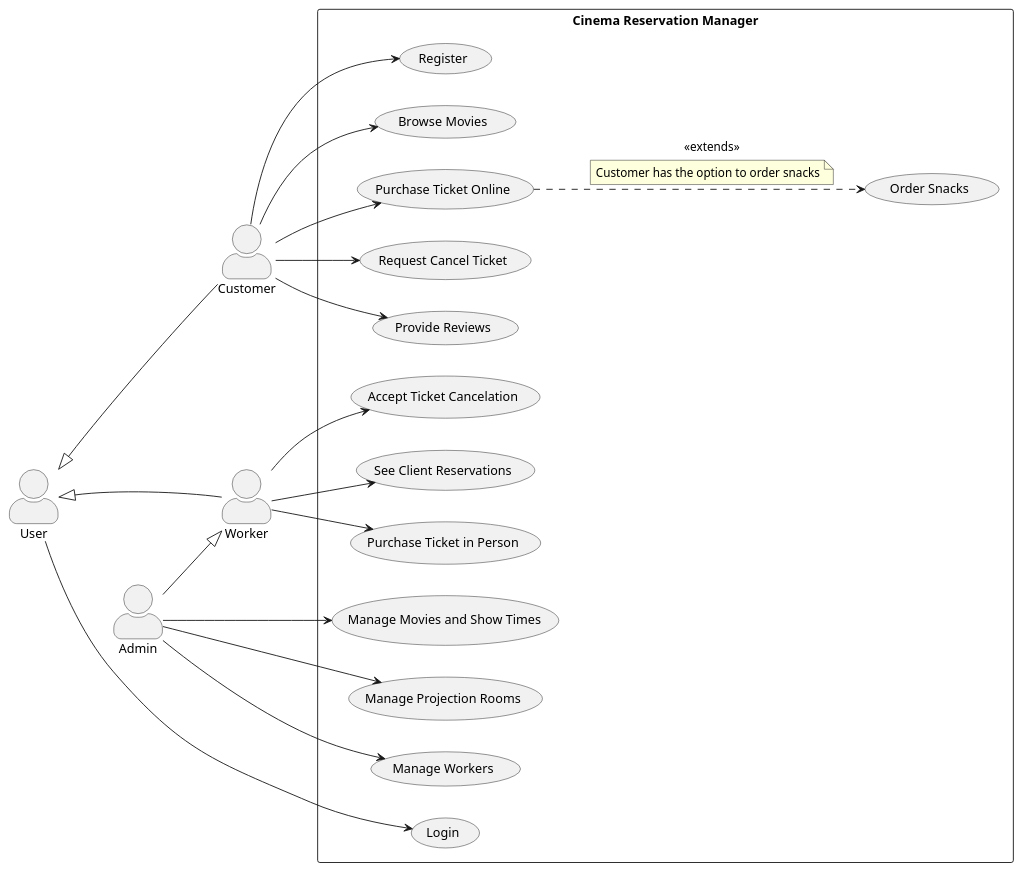
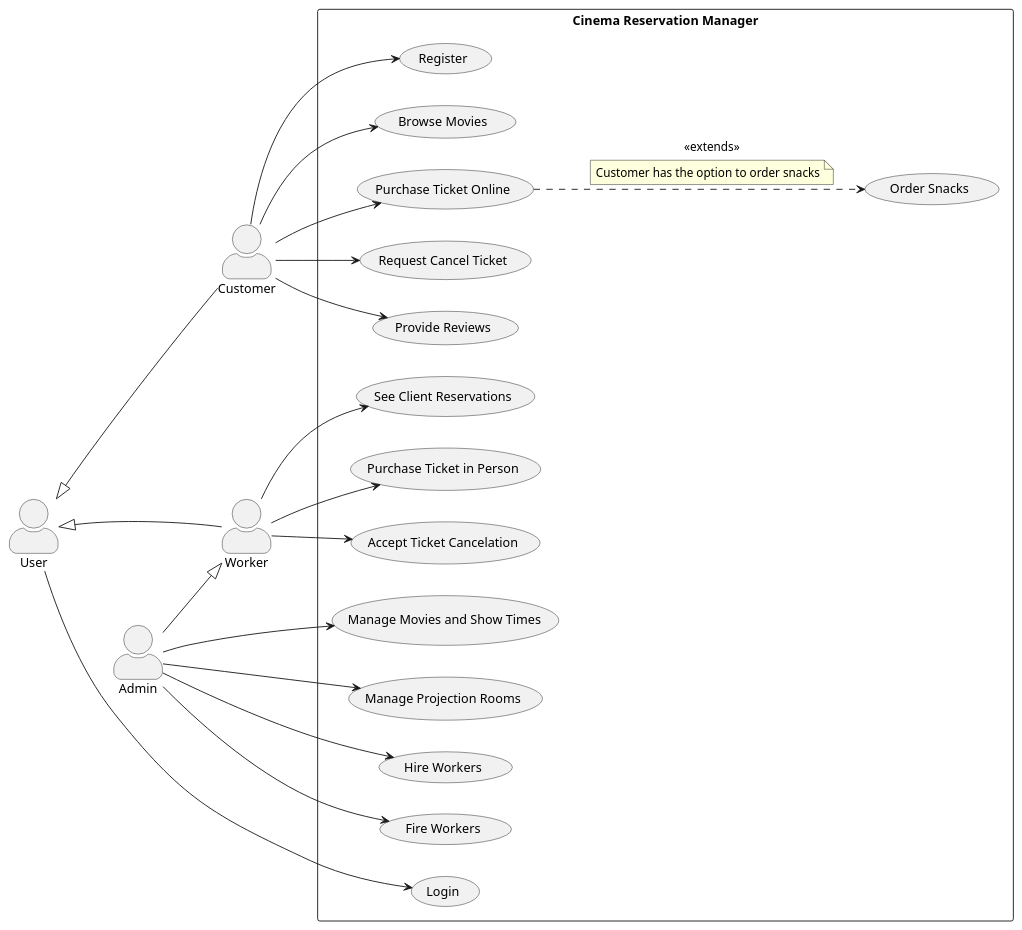
The diagram in docs/UseCaseDiagram.puml (BenatErzibengoa/Cinema-app), drawn with PlantUML before and after one commit.

Commit message:
Fix use case diagram again (put "Hire Workers" and "Fire Workers" instead of

```diff
--- a/docs/UseCaseDiagram.puml
+++ b/docs/UseCaseDiagram.puml
@@ -1,64 +1,65 @@
 @startuml
 skinparam actorStyle awesome
 left to right direction
 
 ' Define all actors
 actor User as U
 actor Customer
 actor Worker
 actor Admin
 
 ' Move "User" behind other actors
 U -[hidden]-> Customer
 U -[hidden]-> Worker
 U -[hidden]-> Admin
 
 ' Define generalizations
 Customer --|> U
 Worker --|> U
 Admin --|> Worker
 
 rectangle "Cinema Reservation Manager" {
     (Register) as UC1
     (Login) as UC2
     (Browse Movies) as UC3
     (Purchase Ticket Online) as UC4
     (Order Snacks) as UC5
     (Request Cancel Ticket) as UC6
-    (Accept Ticket Cancelation) as UC15
     (Provide Reviews) as UC7
     (See Client Reservations) as UC8
-    (Manage Movies and Show Times) as UC10
-    (Manage Projection Rooms) as UC11
-   ' (Generate Revenue Report) as UC12
-    (Manage Workers) as UC13
-    (Purchase Ticket in Person) as UC14
+    (Manage Movies and Show Times) as UC9
+    (Manage Projection Rooms) as UC10
+   ' (Generate Revenue Report) as UC
+    (Hire Workers) as UC11
+    (Fire Workers) as UC12
+    (Purchase Ticket in Person) as UC13
+    (Accept Ticket Cancelation) as UC14
 
     ' User interactions
     U --> UC2
 
     ' Customer interactions
     Customer --> UC1
     Customer --> UC3
     Customer --> UC4
     Customer --> UC6
     Customer --> UC7
 
     ' Worker interactions
     Worker --> UC8
+    Worker --> UC13
     Worker --> UC14
-    Worker --> UC15
 
     ' Extend relationship for ordering snacks
     UC4 ..> UC5 : <<extends>>
     note on link
        Customer has the option to order snacks
     end note
 
     ' Admin interactions
+    Admin --> UC9
     Admin --> UC10
+    Admin --> UC12
     Admin --> UC11
- '   Admin --> UC12
-    Admin --> UC13
 }
 @enduml
```
